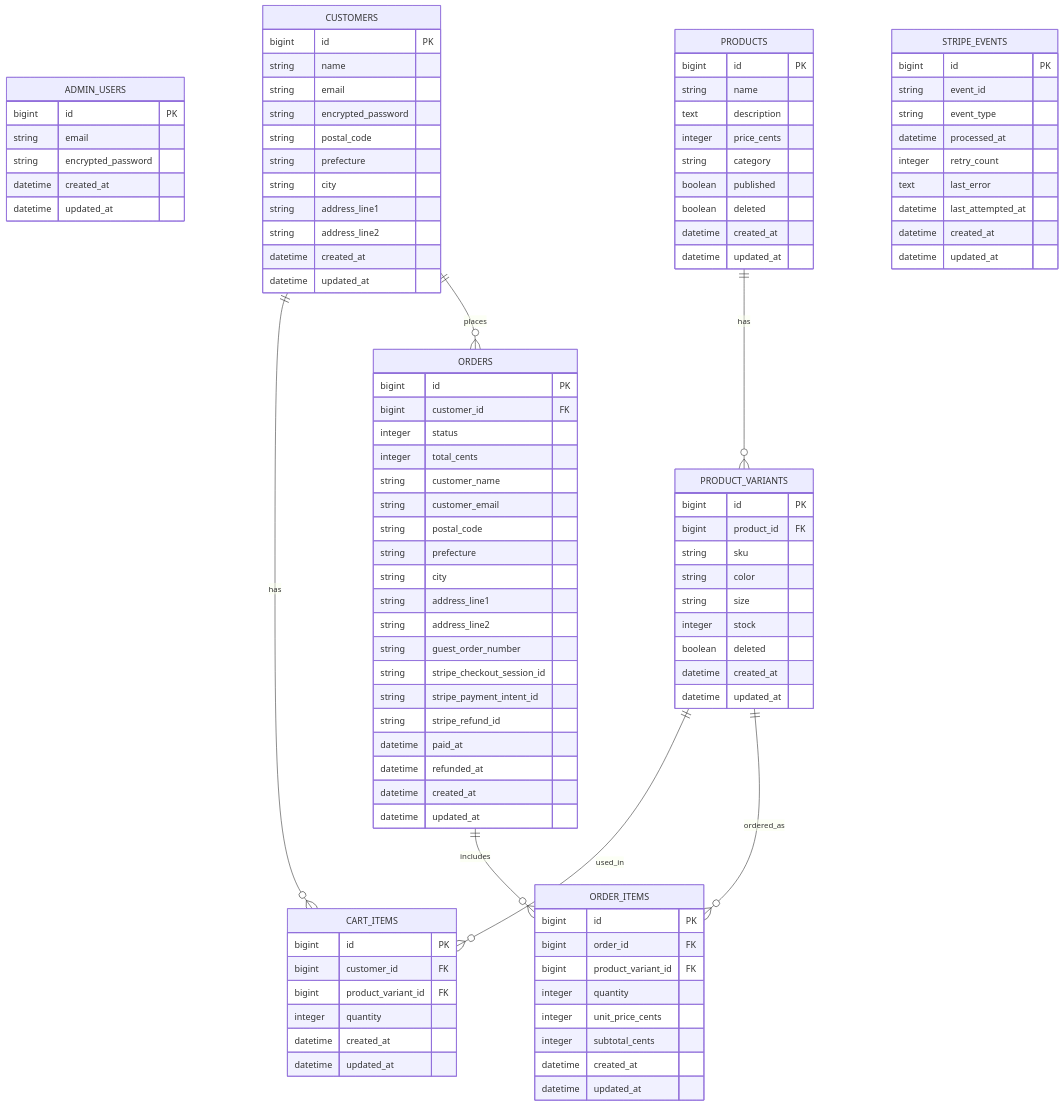
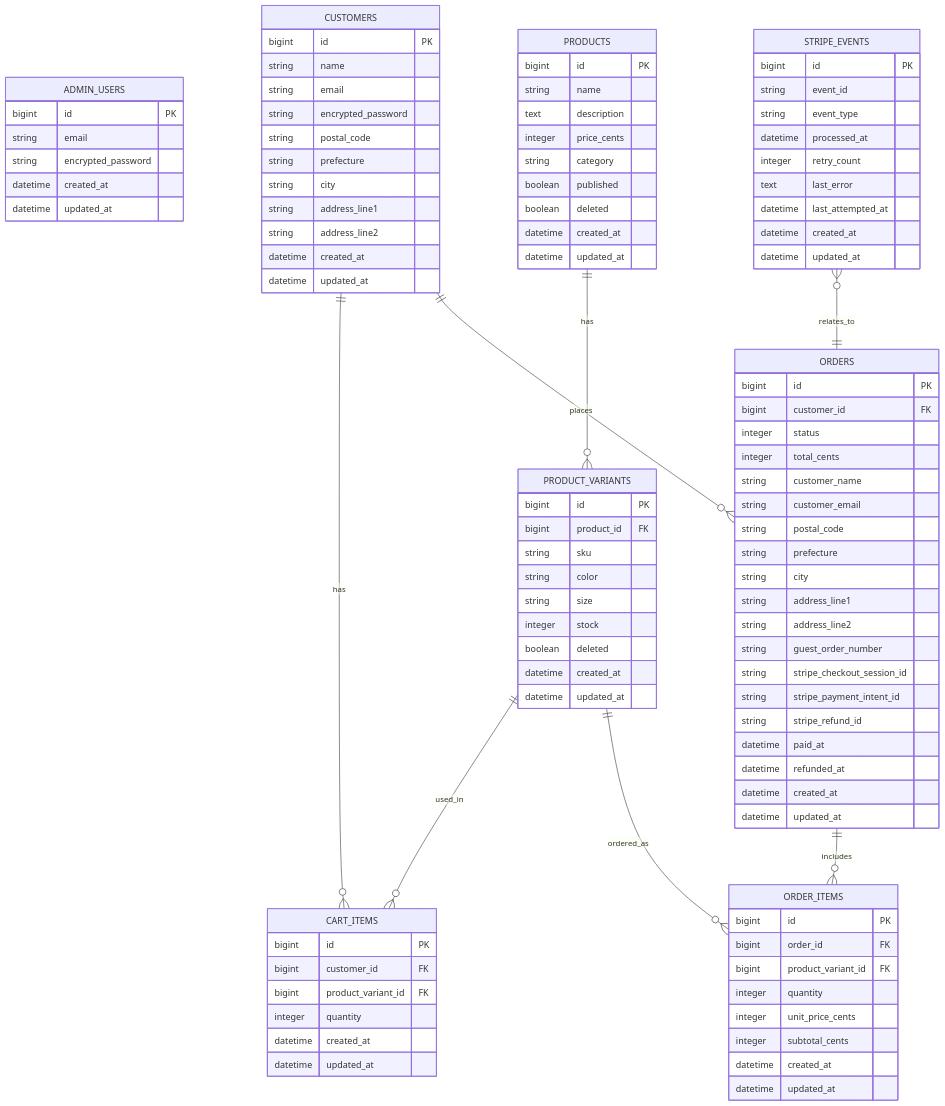
Before and after one commit to Violetlotus529/shop-app: the diagram in README.md, drawn with Mermaid. The commit also changed other lines of this file, not shown here.

````diff
--- a/README.md
+++ b/README.md
@@ -825,4 +824,5 @@
   CUSTOMERS ||--o{ ORDERS : places
   ORDERS ||--o{ ORDER_ITEMS : includes
   PRODUCT_VARIANTS ||--o{ ORDER_ITEMS : ordered_as
+  STRIPE_EVENTS }o--|| ORDERS : relates_to
 ```
````
